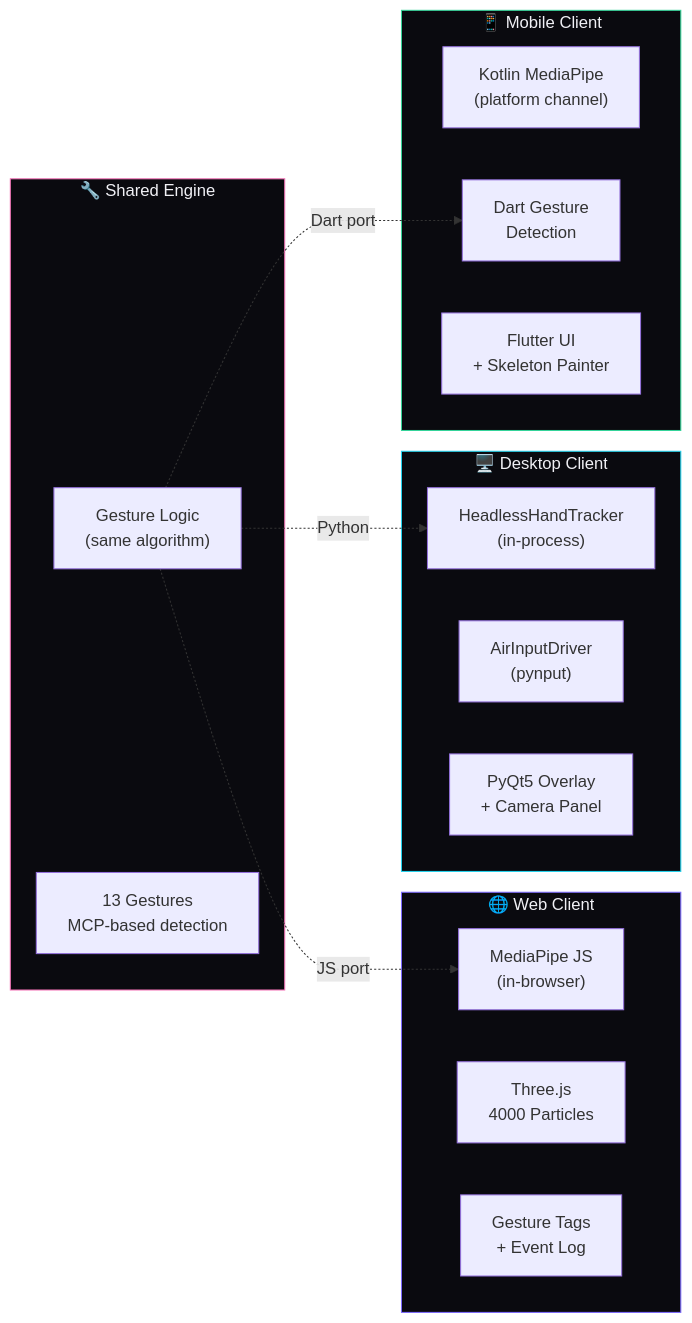
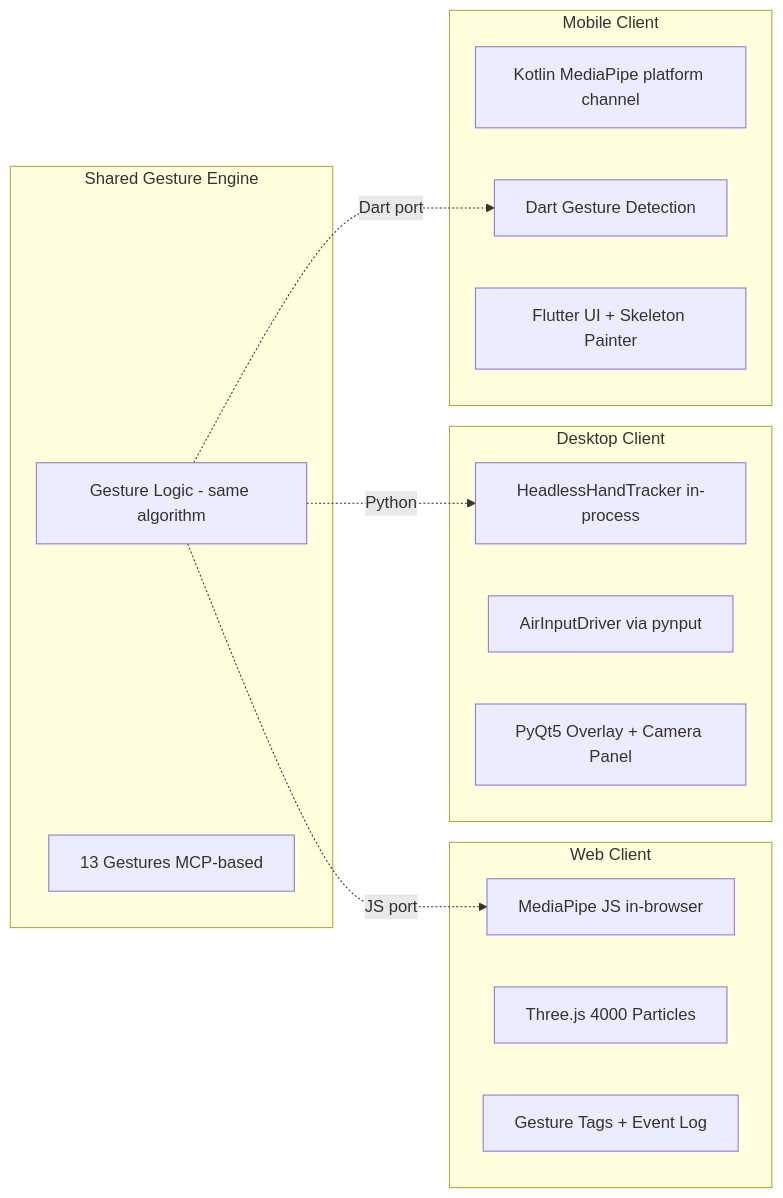
Before and after one commit to RajTewari01/Spatial_tracer: the fourth of 6 diagrams in README.md, drawn with Mermaid. The commit also changed other lines of this file, not shown here.

Commit message:
fix: Mermaid diagrams - remove emoji, br tags, style directives for GitHub rendering

````diff
--- a/README.md
+++ b/README.md
@@ -201,34 +193,29 @@
 ```mermaid
 graph LR
-    subgraph Web ["🌐 Web Client"]
-        W1["MediaPipe JS<br/>(in-browser)"]
-        W2["Three.js<br/>4000 Particles"]
-        W3["Gesture Tags<br/>+ Event Log"]
+    subgraph Web["Web Client"]
+        W1["MediaPipe JS in-browser"]
+        W2["Three.js 4000 Particles"]
+        W3["Gesture Tags + Event Log"]
     end
 
-    subgraph Desktop ["🖥️ Desktop Client"]
-        D1["HeadlessHandTracker<br/>(in-process)"]
-        D2["AirInputDriver<br/>(pynput)"]
-        D3["PyQt5 Overlay<br/>+ Camera Panel"]
+    subgraph Desktop["Desktop Client"]
+        D1["HeadlessHandTracker in-process"]
+        D2["AirInputDriver via pynput"]
+        D3["PyQt5 Overlay + Camera Panel"]
     end
 
-    subgraph Mobile ["📱 Mobile Client"]
-        M1["Kotlin MediaPipe<br/>(platform channel)"]
-        M2["Dart Gesture<br/>Detection"]
-        M3["Flutter UI<br/>+ Skeleton Painter"]
+    subgraph Mobile["Mobile Client"]
+        M1["Kotlin MediaPipe platform channel"]
+        M2["Dart Gesture Detection"]
+        M3["Flutter UI + Skeleton Painter"]
     end
 
-    subgraph Shared ["🔧 Shared Engine"]
-        S1["Gesture Logic<br/>(same algorithm)"]
-        S2["13 Gestures<br/>MCP-based detection"]
+    subgraph Shared["Shared Gesture Engine"]
+        S1["Gesture Logic - same algorithm"]
+        S2["13 Gestures MCP-based"]
     end
 
     S1 -.->|"Dart port"| M2
     S1 -.->|"JS port"| W1
     S1 -.->|"Python"| D1
-
-    style Web fill:#0a0a0f,stroke:#7c6aff,color:#f0f0f5
-    style Desktop fill:#0a0a0f,stroke:#22d3ee,color:#f0f0f5
-    style Mobile fill:#0a0a0f,stroke:#34d399,color:#f0f0f5
-    style Shared fill:#0a0a0f,stroke:#f472b6,color:#f0f0f5
 ```
````
